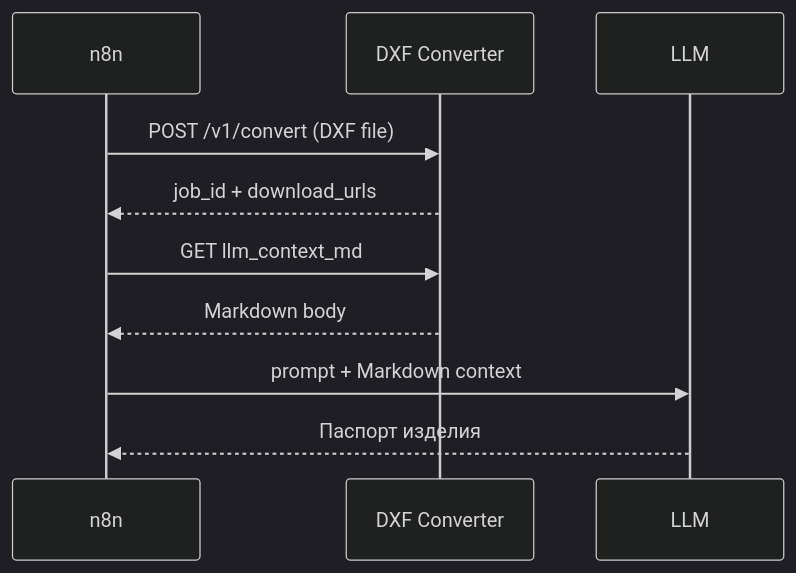
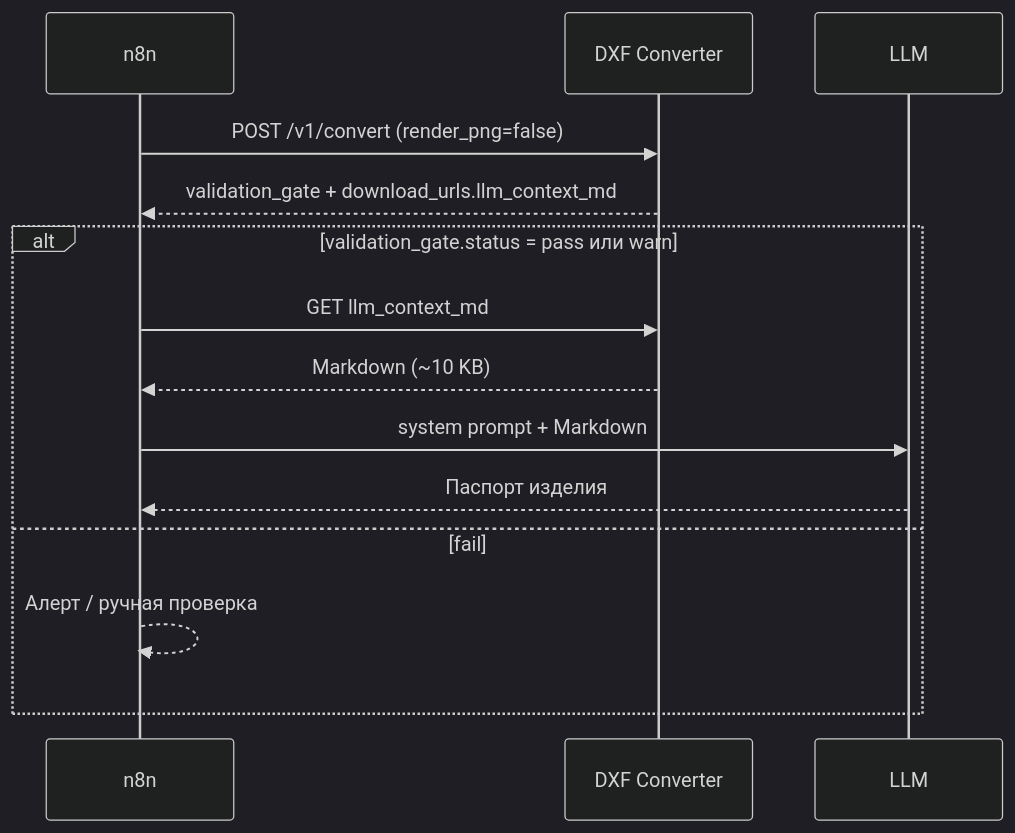
The second of 2 diagrams in API.md (MikhailGerasimenko/drawing_severstal-), drawn with Mermaid (dark theme) before and after one commit. The commit also changed other lines of this file and 1 other file, not shown here.

First line of the commit message:
Expand API.md with PNG and LLM Markdown pipeline branches for colleagues.

````diff
--- a/API.md
+++ b/API.md
@@ -147,13 +126,17 @@
 ```mermaid
 sequenceDiagram
   participant n8n
   participant API as DXF Converter
   participant LLM
 
-  n8n->>API: POST /v1/convert (DXF file)
-  API-->>n8n: job_id + download_urls
-  n8n->>API: GET llm_context_md
-  API-->>n8n: Markdown body
-  n8n->>LLM: prompt + Markdown context
-  LLM-->>n8n: Паспорт изделия
+  n8n->>API: POST /v1/convert (render_png=false)
+  API-->>n8n: validation_gate + download_urls.llm_context_md
+  alt validation_gate.status = pass или warn
+    n8n->>API: GET llm_context_md
+    API-->>n8n: Markdown (~10 KB)
+    n8n->>LLM: system prompt + Markdown
+    LLM-->>n8n: Паспорт изделия
+  else fail
+    n8n-->>n8n: Алерт / ручная проверка
+  end
 ```
````
